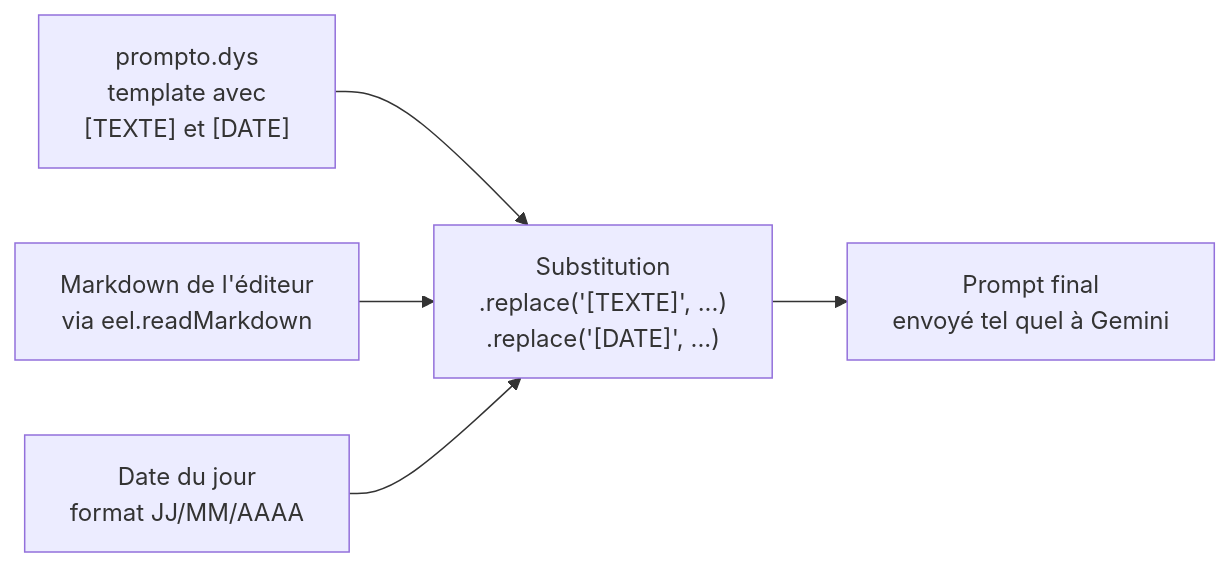
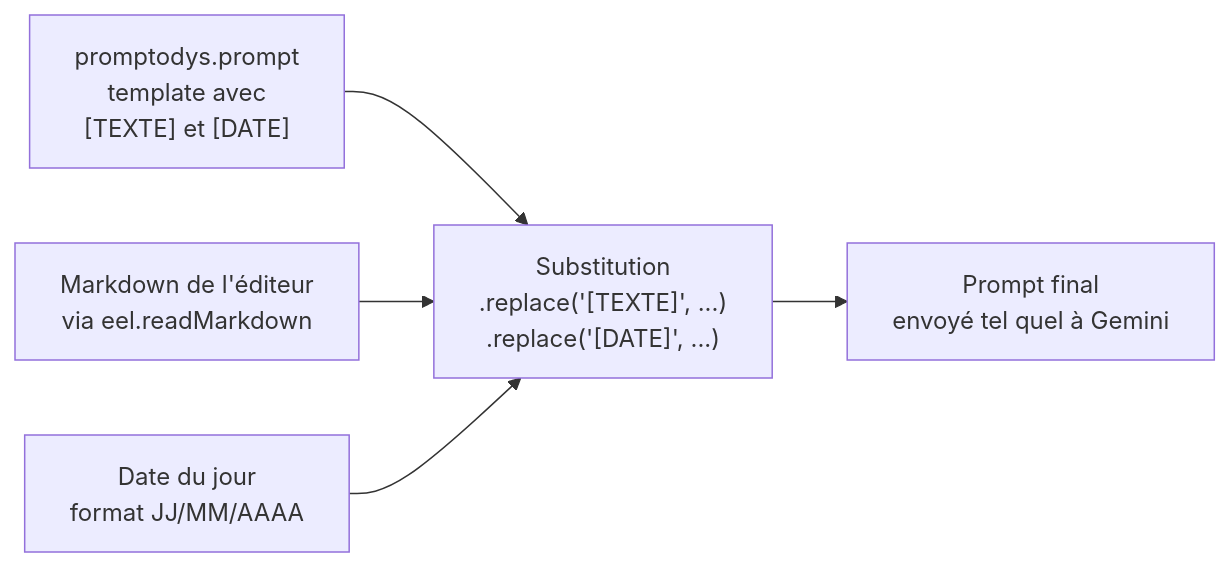
One commit to lecinquiemejour-code/PromptoDYS_app changed the third of 8 diagrams in doc/WORKFLOW_GEMINI.md. Above: the diagram before and after it, drawn with Mermaid. The commit also changed other lines of this file and 4 other files, not shown here.

````diff
--- a/doc/WORKFLOW_GEMINI.md
+++ b/doc/WORKFLOW_GEMINI.md
@@ -86,7 +86,7 @@
 ```mermaid
 flowchart LR
-    DYS["prompto.dys<br/>template avec<br/>[TEXTE] et [DATE]"] --> SUB
+    DYS["promptodys.prompt<br/>template avec<br/>[TEXTE] et [DATE]"] --> SUB
     MD["Markdown de l'éditeur<br/>via eel.readMarkdown"] --> SUB
     DATE["Date du jour<br/>format JJ/MM/AAAA"] --> SUB
     SUB["Substitution<br/>.replace('[TEXTE]', ...)<br/>.replace('[DATE]', ...)"] --> PROMPT["Prompt final<br/>envoyé tel quel à Gemini"]
 ```
````
